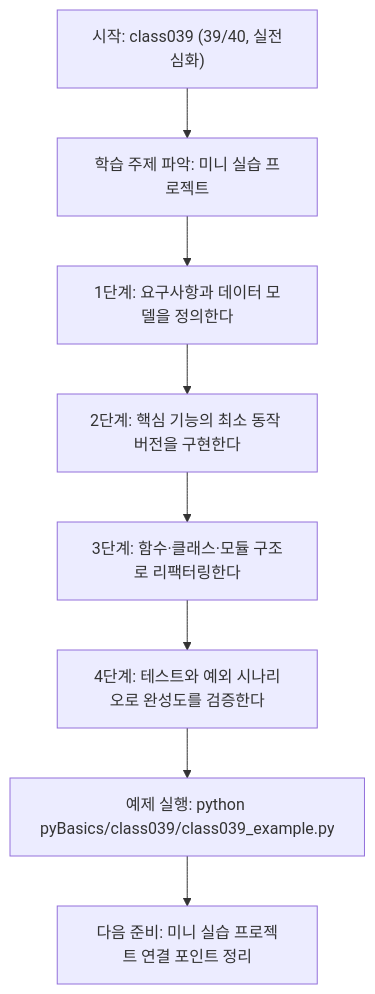
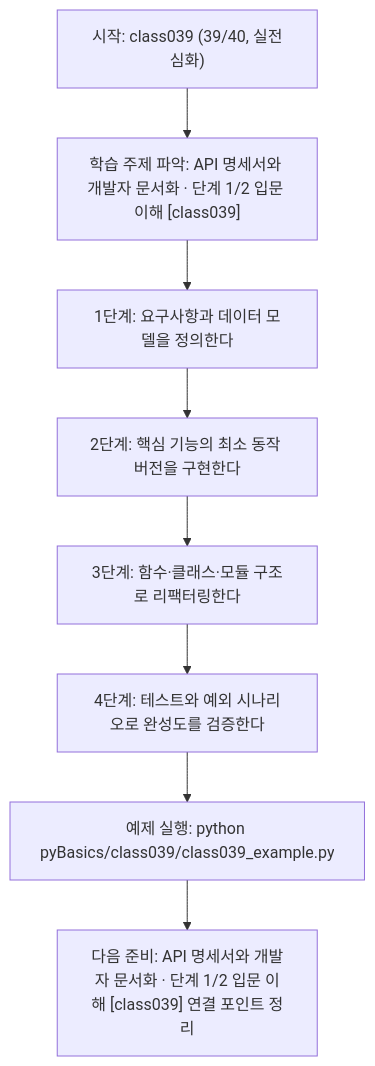
One commit to edumgt/Python-AI_Agent-Class changed the diagram in pyBasics/class039/class039.md. Above: the diagram before and after it, drawn with Mermaid. The commit also changed other lines of this file and 522 other files, not shown here.

````diff
--- a/pyBasics/class039/class039.md
+++ b/pyBasics/class039/class039.md
@@ -109,18 +108,18 @@
 ```mermaid
 flowchart TD
 N1["시작: class039 (39/40, 실전심화)"]
-N2["학습 주제 파악: 미니 실습 프로젝트"]
+N2["학습 주제 파악: API 명세서와 개발자 문서화 · 단계 1/2 입문 이해 [class039]"]
 N3["1단계: 요구사항과 데이터 모델을 정의한다"]
 N4["2단계: 핵심 기능의 최소 동작 버전을 구현한다"]
 N5["3단계: 함수·클래스·모듈 구조로 리팩터링한다"]
 N6["4단계: 테스트와 예외 시나리오로 완성도를 검증한다"]
 N7["예제 실행: python pyBasics/class039/class039_example.py"]
-N8["다음 준비: 미니 실습 프로젝트 연결 포인트 정리"]
+N8["다음 준비: API 명세서와 개발자 문서화 · 단계 1/2 입문 이해 [class039] 연결 포인트 정리"]
 N1 --> N2
 N2 --> N3
 N3 --> N4
 N4 --> N5
 N5 --> N6
 N6 --> N7
 N7 --> N8
 ```
````
